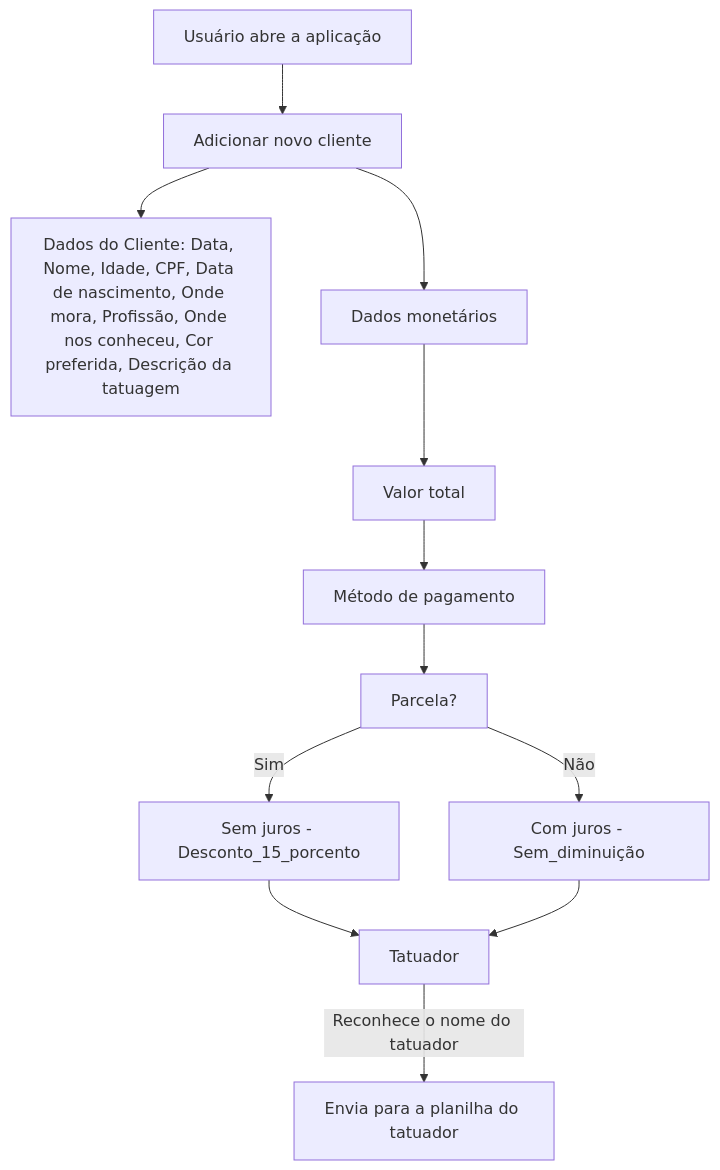
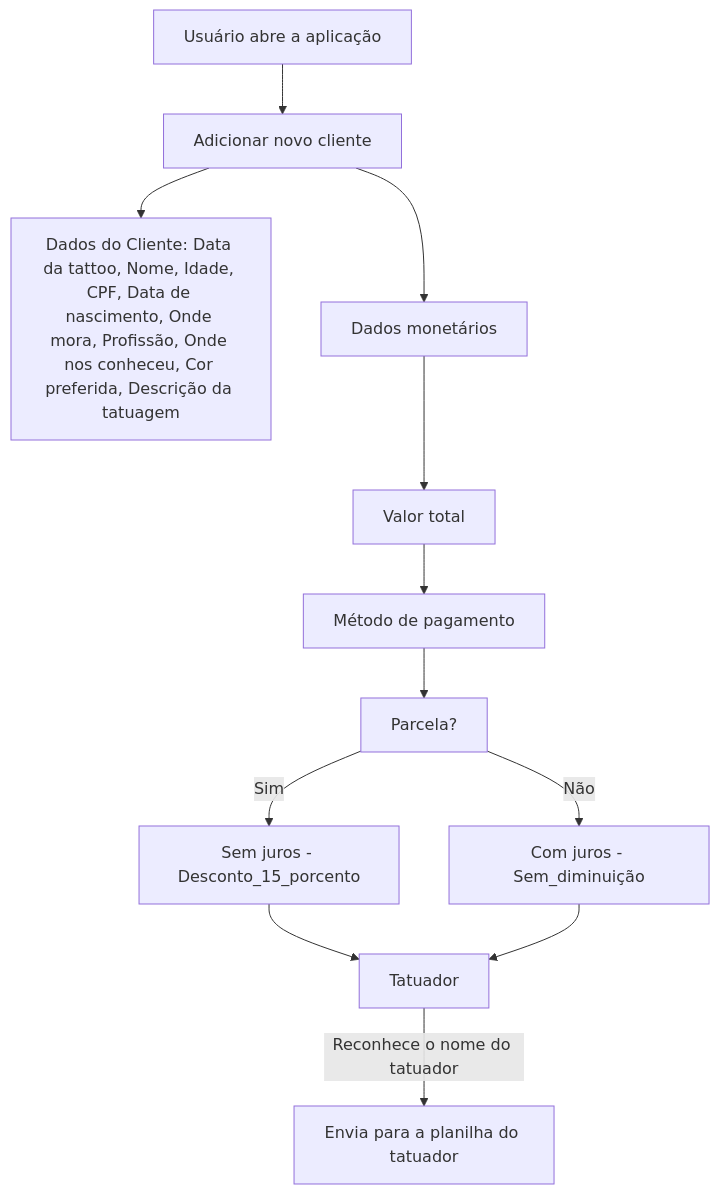
One commit to ifLauraAlmeida/Management-INK changed the diagram in README.md. Above: the diagram before and after it, drawn with Mermaid. The commit also changed other lines of this file, not shown here.

Commit message:
Código inicial (pedindo dados e colocando em um arquivo txt)

````diff
--- a/README.md
+++ b/README.md
@@ -7,14 +7,14 @@
 ```mermaid
 graph TD;
     A[Usuário abre a aplicação] --> B[Adicionar novo cliente]
-    B --> C[Dados do Cliente: Data, Nome, Idade, CPF, Data de nascimento, Onde mora, Profissão, Onde nos conheceu, Cor preferida, Descrição da tatuagem]
+    B --> C[Dados do Cliente: Data da tattoo, Nome, Idade, CPF, Data de nascimento, Onde mora, Profissão, Onde nos conheceu, Cor preferida, Descrição da tatuagem]
     B --> O[Dados monetários]
     O --> P[Valor total]
     P --> Q[Método de pagamento]
     Q --> R[Parcela?]
     R --> |Sim| S[Sem juros - Desconto_15_porcento]
     R --> |Não| T[Com juros - Sem_diminuição]
     S --> M[Tatuador]
     T --> M[Tatuador]
     M --> |Reconhece o nome do tatuador| N[Envia para a planilha do tatuador]
 ```
````
